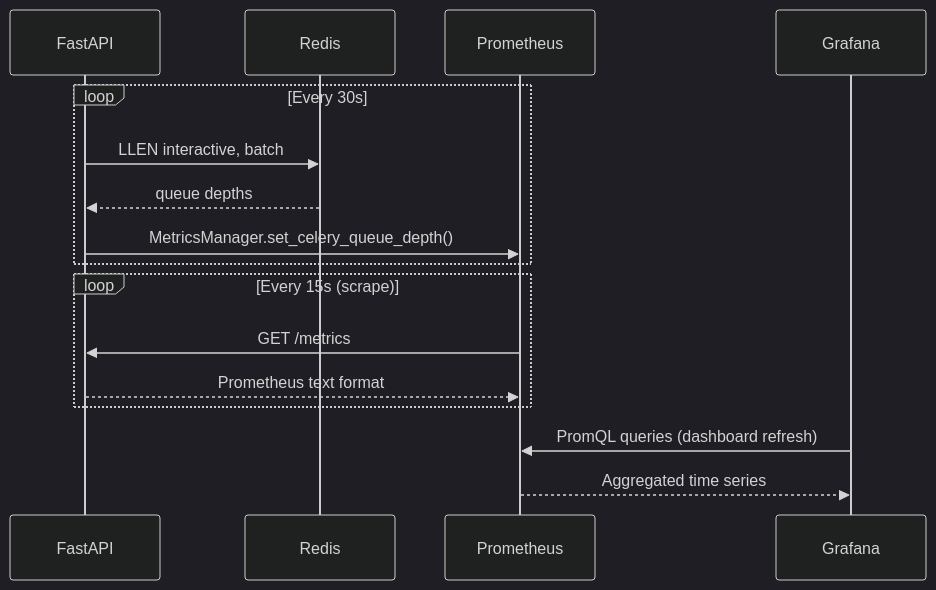
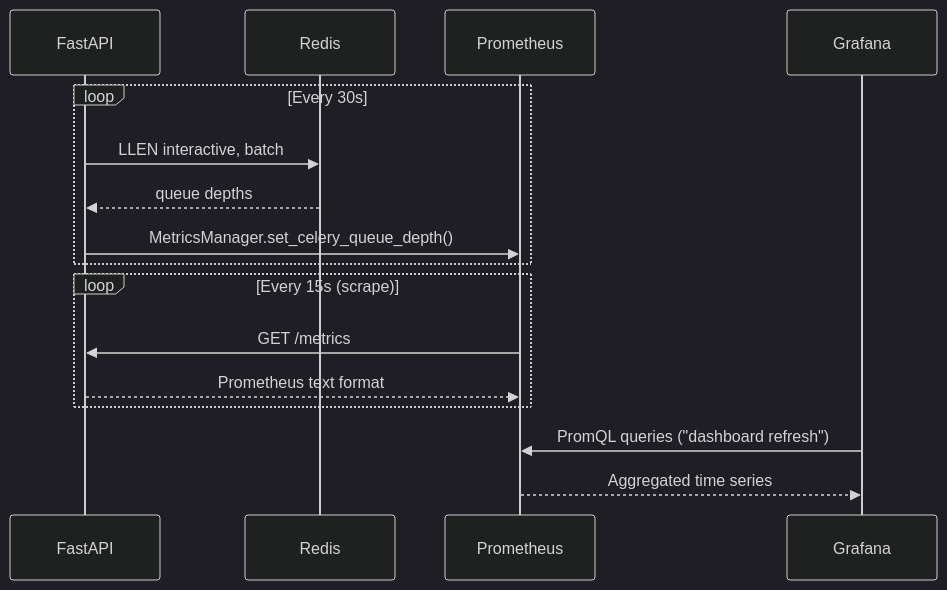
Before and after one commit to rohitkumarnaidu/ScholarFormAI: the second of 5 diagrams in docs/MONITORING_OBSERVABILITY.md, drawn with Mermaid (dark theme). The commit also changed other lines of this file and 611 other files, not shown here.

````diff
--- a/docs/MONITORING_OBSERVABILITY.md
+++ b/docs/MONITORING_OBSERVABILITY.md
@@ -129,21 +129,21 @@
 ```mermaid
 sequenceDiagram
     participant App as FastAPI
     participant Redis as Redis
     participant Prom as Prometheus
     participant Graf as Grafana
 
     loop Every 30s
         App->>Redis: LLEN interactive, batch
         Redis-->>App: queue depths
         App->>Prom: MetricsManager.set_celery_queue_depth()
     end
 
     loop Every 15s (scrape)
         Prom->>App: GET /metrics
         App-->>Prom: Prometheus text format
     end
 
-    Graf->>Prom: PromQL queries (dashboard refresh)
+    Graf->>Prom: PromQL queries ("dashboard refresh")
     Prom-->>Graf: Aggregated time series
 ```
````
